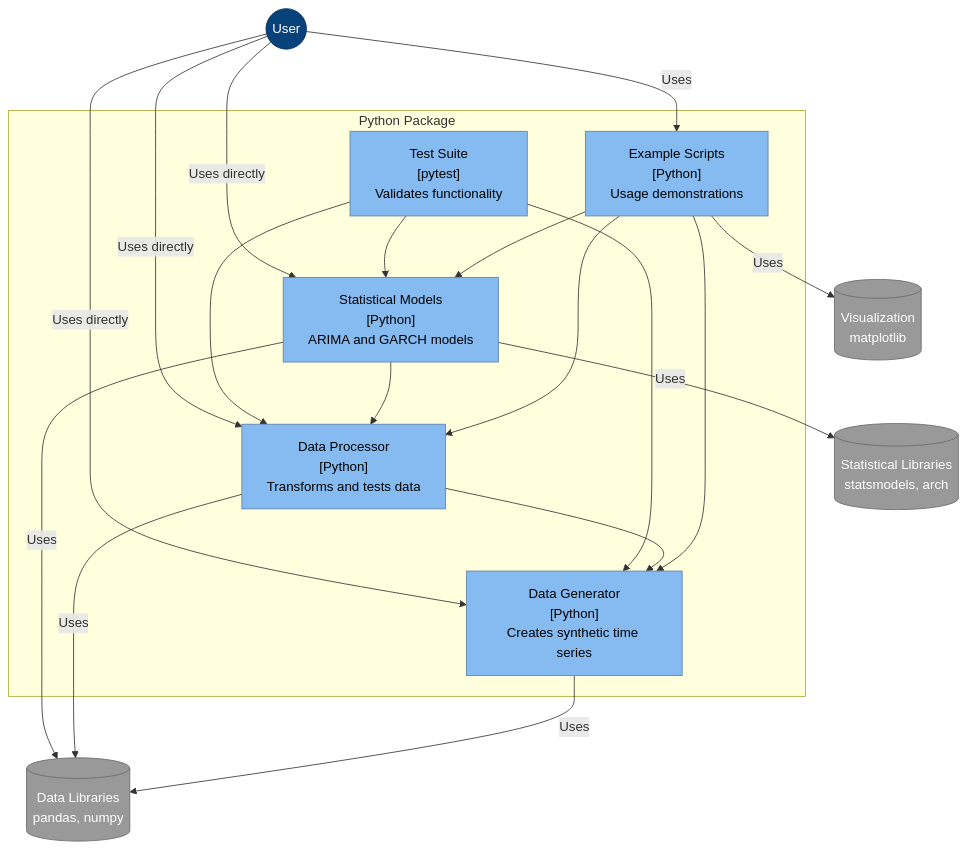
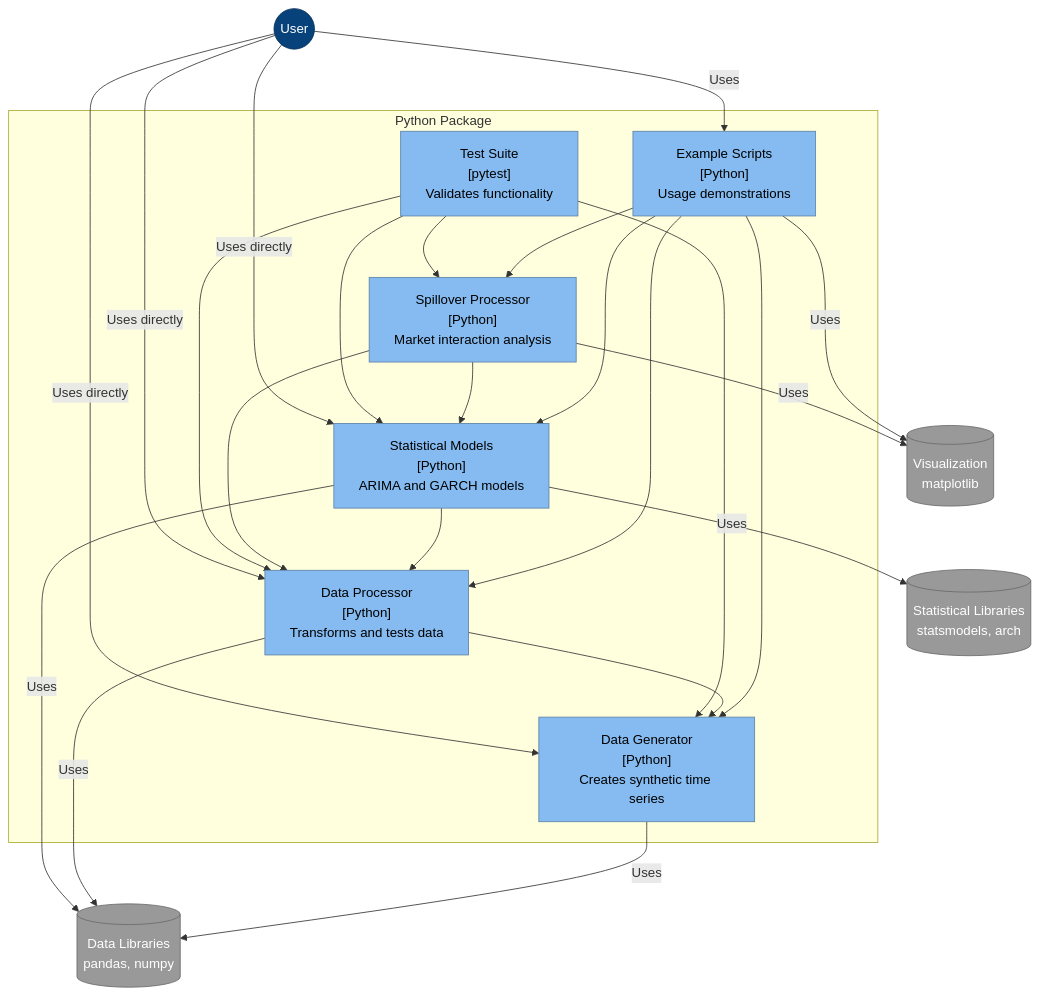
The third of 5 diagrams in README.md (garthmortensen/timeseries-compute), drawn with Mermaid before and after one commit. The commit also changed other lines of this file, not shown here.

Commit message:
Docs: Update diagrams

````diff
--- a/README.md
+++ b/README.md
@@ -192,46 +192,52 @@
 ```mermaid
 flowchart TB
     %% Styling
     classDef person fill:#08427B,color:#fff,stroke:#052E56,stroke-width:1px
     classDef component fill:#85BBF0,color:#000,stroke:#5D82A8,stroke-width:1px
     classDef container fill:#438DD5,color:#fff,stroke:#2E6295,stroke-width:1px
     classDef external fill:#999999,color:#fff,stroke:#6B6B6B,stroke-width:1px
     
     %% Person
     User((User)):::person
     
     %% Package Container
     subgraph PythonPackage["Python Package"]
         DataGenerator["Data Generator<br>[Python]<br>Creates synthetic time series"]:::component
         DataProcessor["Data Processor<br>[Python]<br>Transforms and tests data"]:::component
         StatsModels["Statistical Models<br>[Python]<br>ARIMA and GARCH models"]:::component
+        SpilloverProcessor["Spillover Processor<br>[Python]<br>Market interaction analysis"]:::component
         ExampleScripts["Example Scripts<br>[Python]<br>Usage demonstrations"]:::component
         TestSuite["Test Suite<br>[pytest]<br>Validates functionality"]:::component
         
         %% Component relationships
         ExampleScripts --> DataGenerator
         ExampleScripts --> DataProcessor
         ExampleScripts --> StatsModels
+        ExampleScripts --> SpilloverProcessor
         DataProcessor --> DataGenerator
         StatsModels --> DataProcessor
+        SpilloverProcessor --> StatsModels
+        SpilloverProcessor --> DataProcessor
         TestSuite --> DataGenerator
         TestSuite --> DataProcessor
         TestSuite --> StatsModels
+        TestSuite --> SpilloverProcessor
     end
-    
+
     %% External Components
     StatsLibraries[(Statistical Libraries<br>statsmodels, arch)]:::external
     DataLibraries[(Data Libraries<br>pandas, numpy)]:::external
     VisualizationLibraries[(Visualization<br>matplotlib)]:::external
     
     %% Relationships
     User -- "Uses" --> ExampleScripts
     User -- "Uses directly" --> DataGenerator
     User -- "Uses directly" --> DataProcessor
     User -- "Uses directly" --> StatsModels
     DataGenerator -- "Uses" --> DataLibraries
     DataProcessor -- "Uses" --> DataLibraries
     StatsModels -- "Uses" --> StatsLibraries
     StatsModels -- "Uses" --> DataLibraries
     ExampleScripts -- "Uses" --> VisualizationLibraries
+    SpilloverProcessor -- "Uses" --> VisualizationLibraries
 ```
````
